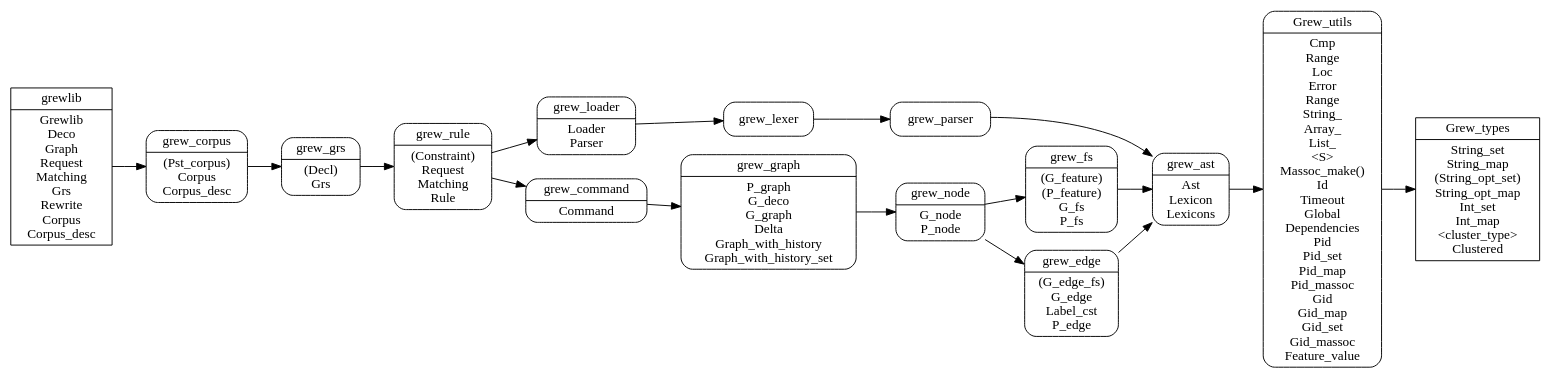
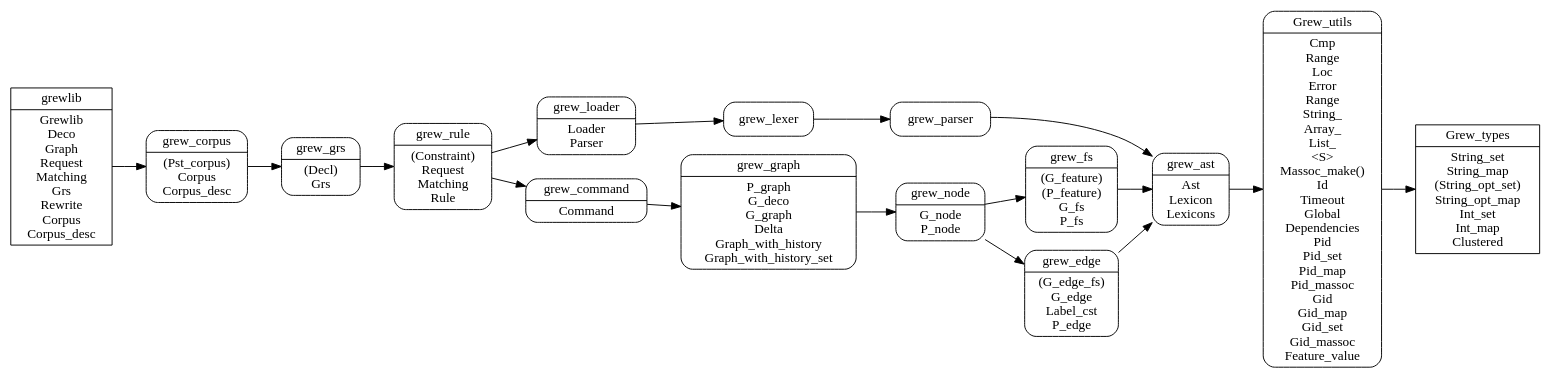
The diagram in dev/arch.dot (grew-nlp/grewlib), drawn with Graphviz before and after one commit. The commit also changed 1 other file, not shown here.

```diff
--- a/dev/arch.dot
+++ b/dev/arch.dot
@@ -1,30 +1,30 @@
 digraph grew {
   node [shape=Mrecord];
   rankdir = LR;
-  Grew_types [fillcolor=yellow, shape=record, label="Grew_types|String_set\nString_map\n(String_opt_set)\nString_opt_map\nInt_set\nInt_map\n&lt;cluster_type&gt;\nClustered"]
+  Grew_types [fillcolor=yellow, shape=record, label="Grew_types|String_set\nString_map\n(String_opt_set)\nString_opt_map\nInt_set\nInt_map\nClustered"]
   Grew_utils [label="Grew_utils|Cmp\nRange\nLoc\nError\nRange\nString_\nArray_\nList_\n&lt;S&gt;\nMassoc_make()\nId\nTimeout\nGlobal\nDependencies\nPid\nPid_set\nPid_map\nPid_massoc\nGid\nGid_map\nGid_set\nGid_massoc\nFeature_value"]
   grew_ast [label="grew_ast|Ast\nLexicon\nLexicons"]
   grew_loader [label="grew_loader|Loader\nParser"]
   grew_fs [label="grew_fs|(G_feature)\n(P_feature)\nG_fs\nP_fs"]
   grew_edge [label="grew_edge|(G_edge_fs)\nG_edge\nLabel_cst\nP_edge"]
   grew_node [label="grew_node|G_node\nP_node"]
   grew_command [label="grew_command|Command"]
   grew_graph [label="grew_graph|P_graph\nG_deco\nG_graph\nDelta\nGraph_with_history\nGraph_with_history_set"]
   grew_rule [label="grew_rule|(Constraint)\nRequest\nMatching\nRule"]
   grew_grs [label="grew_grs|(Decl)\nGrs"]
   grew_corpus [label="grew_corpus|(Pst_corpus)\nCorpus\nCorpus_desc"]
   grewlib [fillcolor=yellow, shape=record, label="grewlib|Grewlib\nDeco\nGraph\nRequest\nMatching\nGrs\nRewrite\nCorpus\nCorpus_desc"]
 grew_ast -> Grew_utils -> Grew_types
 grew_edge -> grew_ast
 grew_fs -> grew_ast
 grew_command -> grew_graph
 grew_node -> grew_edge
 grew_node -> grew_fs
 grew_graph -> grew_node
 grew_rule -> grew_command
 grew_grs -> grew_rule
 grew_rule -> grew_loader -> grew_lexer -> grew_parser -> grew_ast
 grew_corpus -> grew_grs
 grewlib -> grew_corpus
 
 }
```
